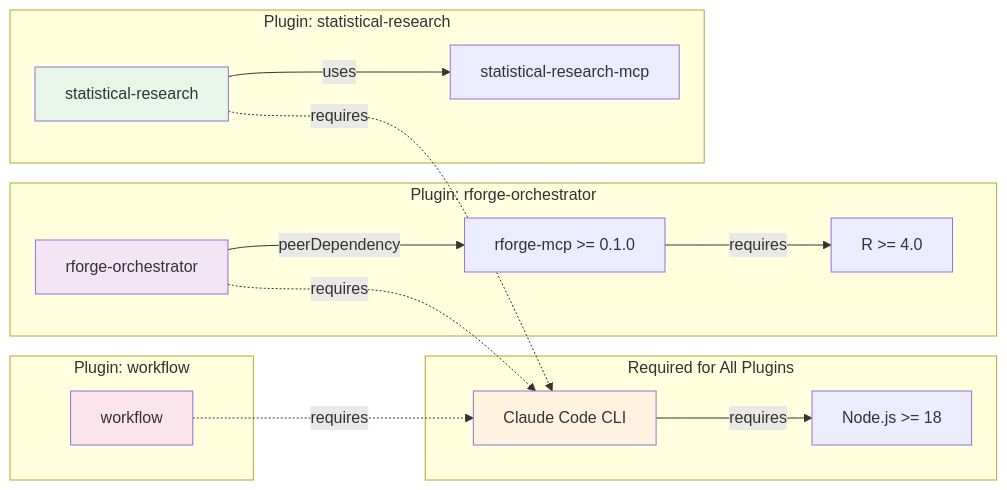
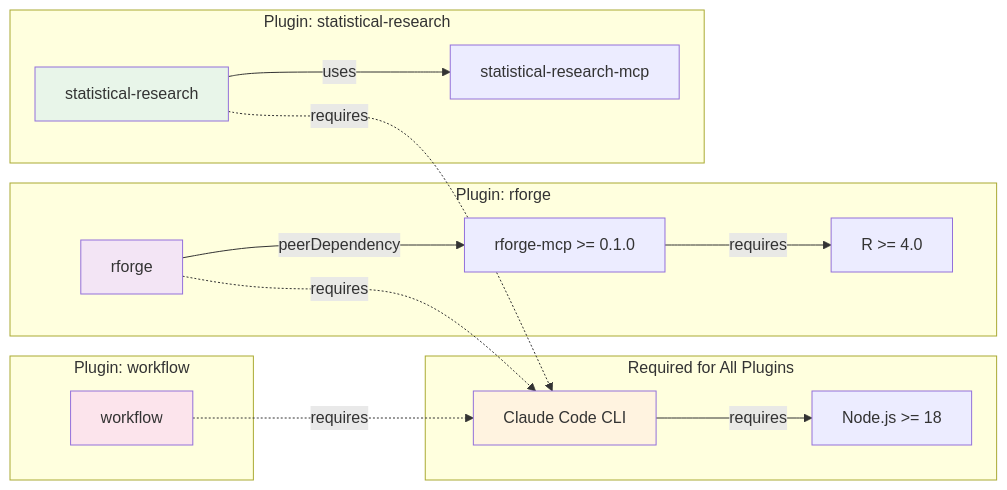
The diagram in docs/diagrams/DEPENDENCIES.md (Data-Wise/claude-plugins), drawn with Mermaid before and after one commit. The commit also changed 67 other files, not shown here.

````diff
--- a/docs/diagrams/DEPENDENCIES.md
+++ b/docs/diagrams/DEPENDENCIES.md
@@ -7,38 +7,38 @@
 ```mermaid
 graph LR
     subgraph "Required for All Plugins"
         CLAUDE[Claude Code CLI]
         NODE[Node.js >= 18]
     end
 
-    subgraph "Plugin: rforge-orchestrator"
-        RFORGE[rforge-orchestrator]
+    subgraph "Plugin: rforge"
+        RFORGE[rforge]
         RFORGE_MCP[rforge-mcp >= 0.1.0]
         R_ENV[R >= 4.0]
     end
 
     subgraph "Plugin: statistical-research"
         RESEARCH[statistical-research]
         STAT_MCP[statistical-research-mcp]
     end
 
     subgraph "Plugin: workflow"
         WORKFLOW[workflow]
     end
 
     RFORGE -.->|requires| CLAUDE
     RFORGE -->|peerDependency| RFORGE_MCP
     RFORGE_MCP -->|requires| R_ENV
 
     RESEARCH -.->|requires| CLAUDE
     RESEARCH -->|uses| STAT_MCP
 
     WORKFLOW -.->|requires| CLAUDE
 
     CLAUDE -->|requires| NODE
 
     style CLAUDE fill:#fff3e0
     style RFORGE fill:#f3e5f5
     style RESEARCH fill:#e8f5e9
     style WORKFLOW fill:#fce4ec
 ```
````
